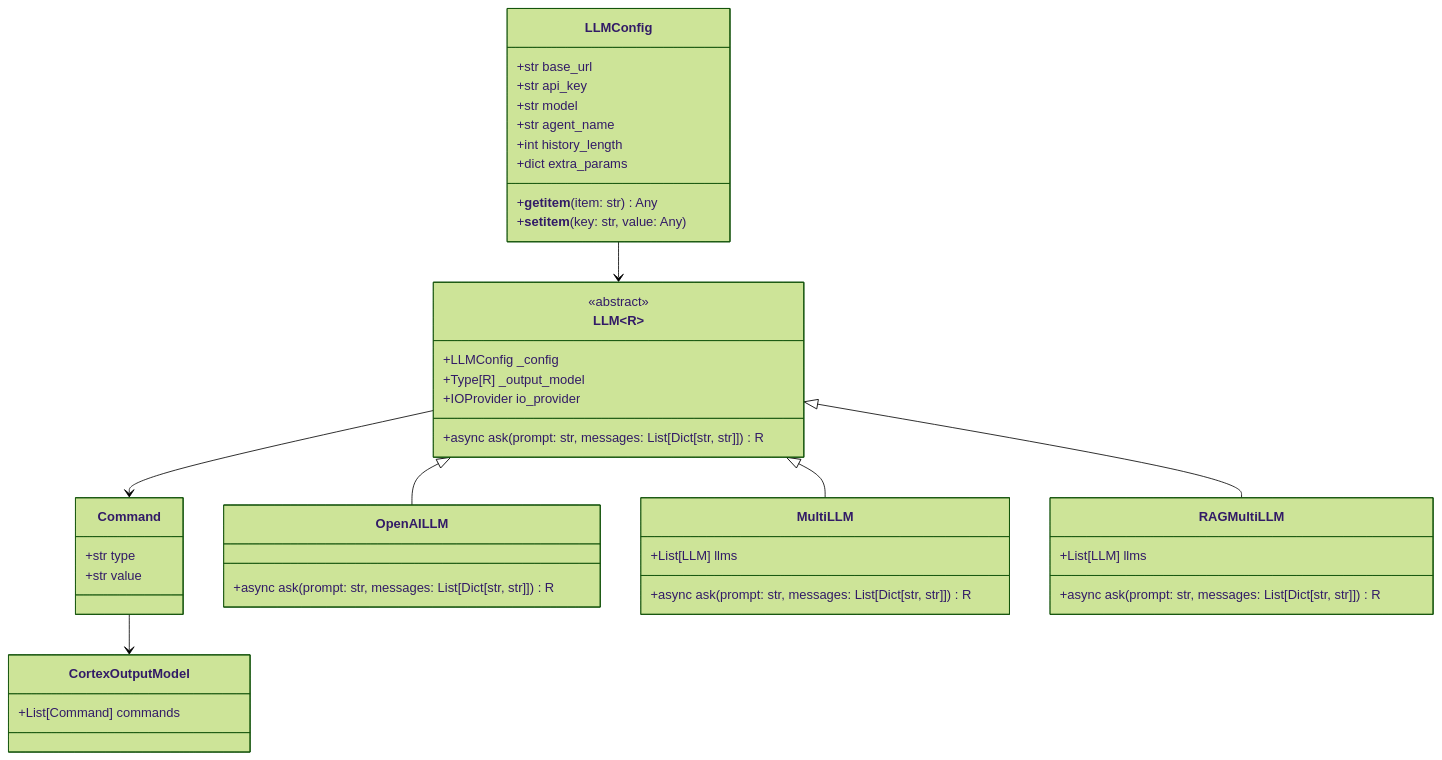
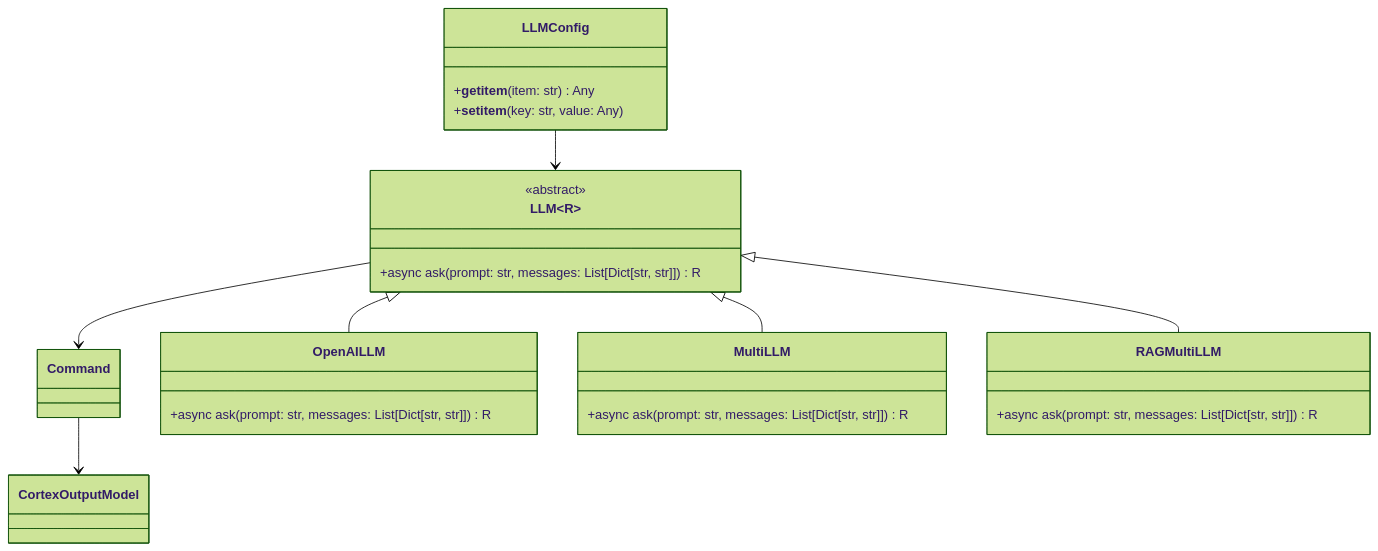
The first of 2 diagrams in docs/llm/llm-integration.mdx (gizdusum/OM1), drawn with Mermaid (forest theme) before and after one commit. The commit also changed other lines of this file and 8 other files, not shown here.

Commit message:
remove types and attributes but keep methods for class diagram

````diff
--- a/docs/llm/llm-integration.mdx
+++ b/docs/llm/llm-integration.mdx
@@ -16,51 +18,37 @@
 ```mermaid
 classDiagram
     class LLMConfig {
-        +str base_url
-        +str api_key
-        +str model
-        +str agent_name
-        +int history_length
-        +dict extra_params
         +__getitem__(item: str) Any
         +__setitem__(key: str, value: Any)
     }
 
     class LLM~R~ {
         <<abstract>>
-        +LLMConfig _config
-        +Type[R] _output_model
-        +IOProvider io_provider
         +async ask(prompt: str, messages: List[Dict[str, str]]) R
     }
 
     class Command {
-        +str type
-        +str value
     }
 
     class CortexOutputModel {
-        +List[Command] commands
     }
 
     class OpenAILLM {
         +async ask(prompt: str, messages: List[Dict[str, str]]) R
     }
 
     class MultiLLM {
-        +List[LLM] llms
         +async ask(prompt: str, messages: List[Dict[str, str]]) R
     }
 
     class RAGMultiLLM {
-        +List[LLM] llms
         +async ask(prompt: str, messages: List[Dict[str, str]]) R
     }
 
     LLMConfig --> LLM
     LLM --> Command
     Command --> CortexOutputModel
     LLM <|-- OpenAILLM
     LLM <|-- MultiLLM
     LLM <|-- RAGMultiLLM
 ```
````
